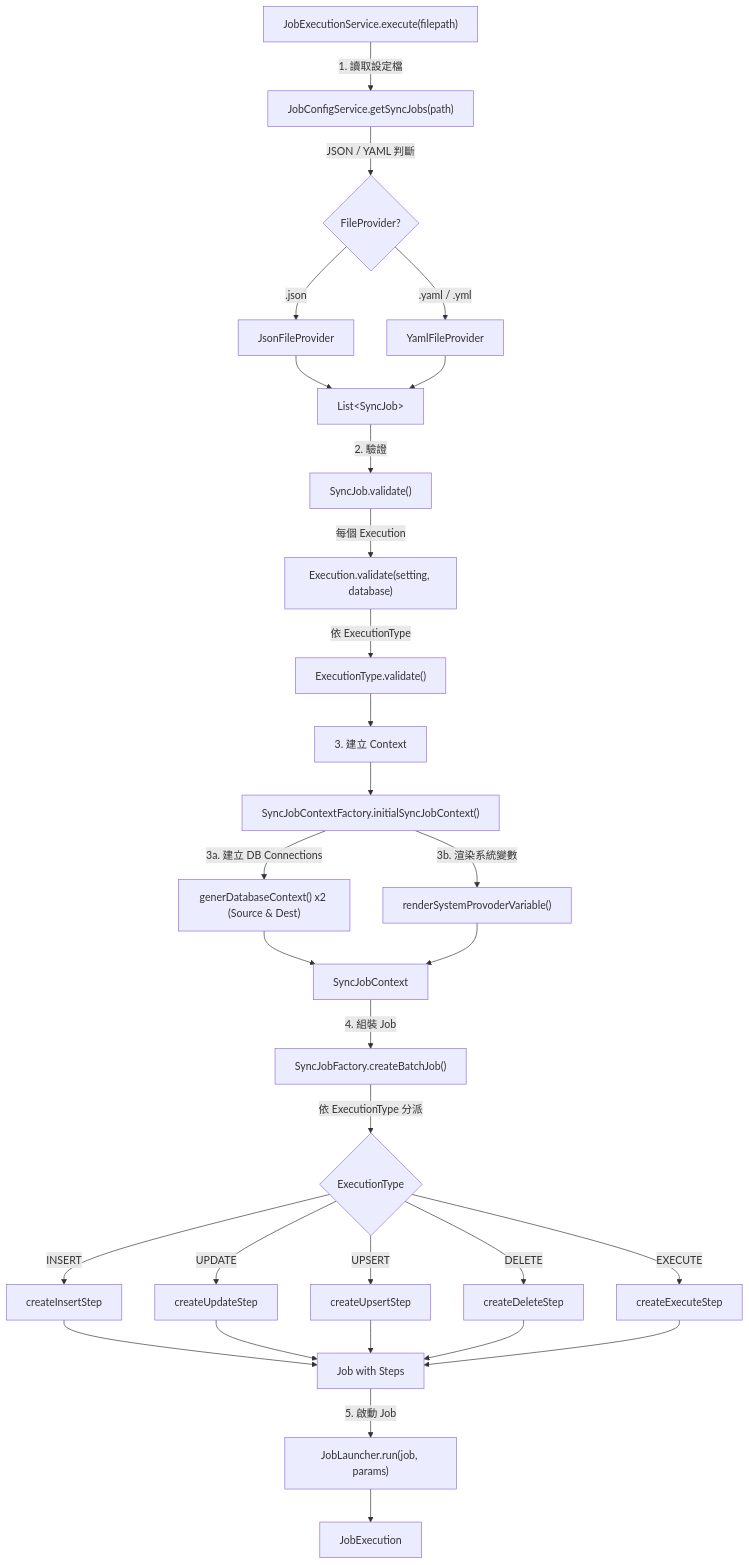
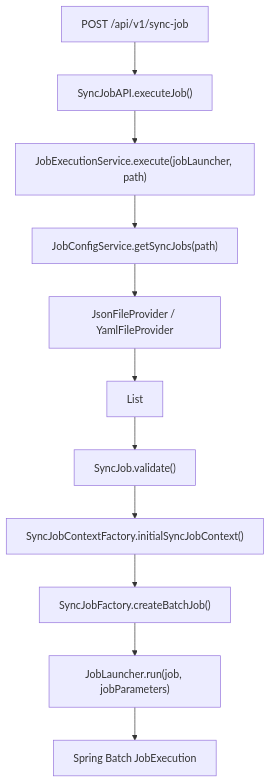
One commit to tibame201020/IrisPipe changed the diagram in backend/docs/architecture/core-flow.md. Above: the diagram before and after it, drawn with Mermaid. The commit also changed other lines of this file and 61 other files, not shown here.

````diff
--- a/backend/docs/architecture/core-flow.md
+++ b/backend/docs/architecture/core-flow.md
@@ -5,32 +5,13 @@
 ```mermaid
 graph TD
-    A["JobExecutionService.execute(filepath)"] -->|"1. 讀取設定檔"| B["JobConfigService.getSyncJobs(path)"]
-    B -->|"JSON / YAML 判斷"| C{"FileProvider?"}
-    C -->|".json"| D[JsonFileProvider]
-    C -->|".yaml / .yml"| E[YamlFileProvider]
-    D --> F["List&lt;SyncJob&gt;"]
-    E --> F
-    F -->|"2. 驗證"| G["SyncJob.validate()"]
-    G -->|"每個 Execution"| H["Execution.validate(setting, database)"]
-    H -->|"依 ExecutionType"| I["ExecutionType.validate()"]
-    I --> J["3. 建立 Context"]
-    J --> K["SyncJobContextFactory.initialSyncJobContext()"]
-    K -->|"3a. 建立 DB Connections"| L["generDatabaseContext() x2 (Source & Dest)"]
-    K -->|"3b. 渲染系統變數"| M["renderSystemProvoderVariable()"]
-    L --> N[SyncJobContext]
-    M --> N
-    N -->|"4. 組裝 Job"| O["SyncJobFactory.createBatchJob()"]
-    O -->|"依 ExecutionType 分派"| P{ExecutionType}
-    P -->|INSERT| Q[createInsertStep]
-    P -->|UPDATE| R[createUpdateStep]
-    P -->|UPSERT| S[createUpsertStep]
-    P -->|DELETE| T[createDeleteStep]
-    P -->|EXECUTE| U[createExecuteStep]
-    Q --> V[Job with Steps]
-    R --> V
-    S --> V
-    T --> V
-    U --> V
-    V -->|"5. 啟動 Job"| W["JobLauncher.run(job, params)"]
-    W --> X[JobExecution]
+    A["POST /api/v1/sync-job"] --> B["SyncJobAPI.executeJob()"]
+    B --> C["JobExecutionService.execute(jobLauncher, path)"]
+    C --> D["JobConfigService.getSyncJobs(path)"]
+    D --> E["JsonFileProvider / YamlFileProvider"]
+    E --> F["List<SyncJob>"]
+    F --> G["SyncJob.validate()"]
+    G --> H["SyncJobContextFactory.initialSyncJobContext()"]
+    H --> I["SyncJobFactory.createBatchJob()"]
+    I --> J["JobLauncher.run(job, jobParameters)"]
+    J --> K["Spring Batch JobExecution"]
 ```
````
